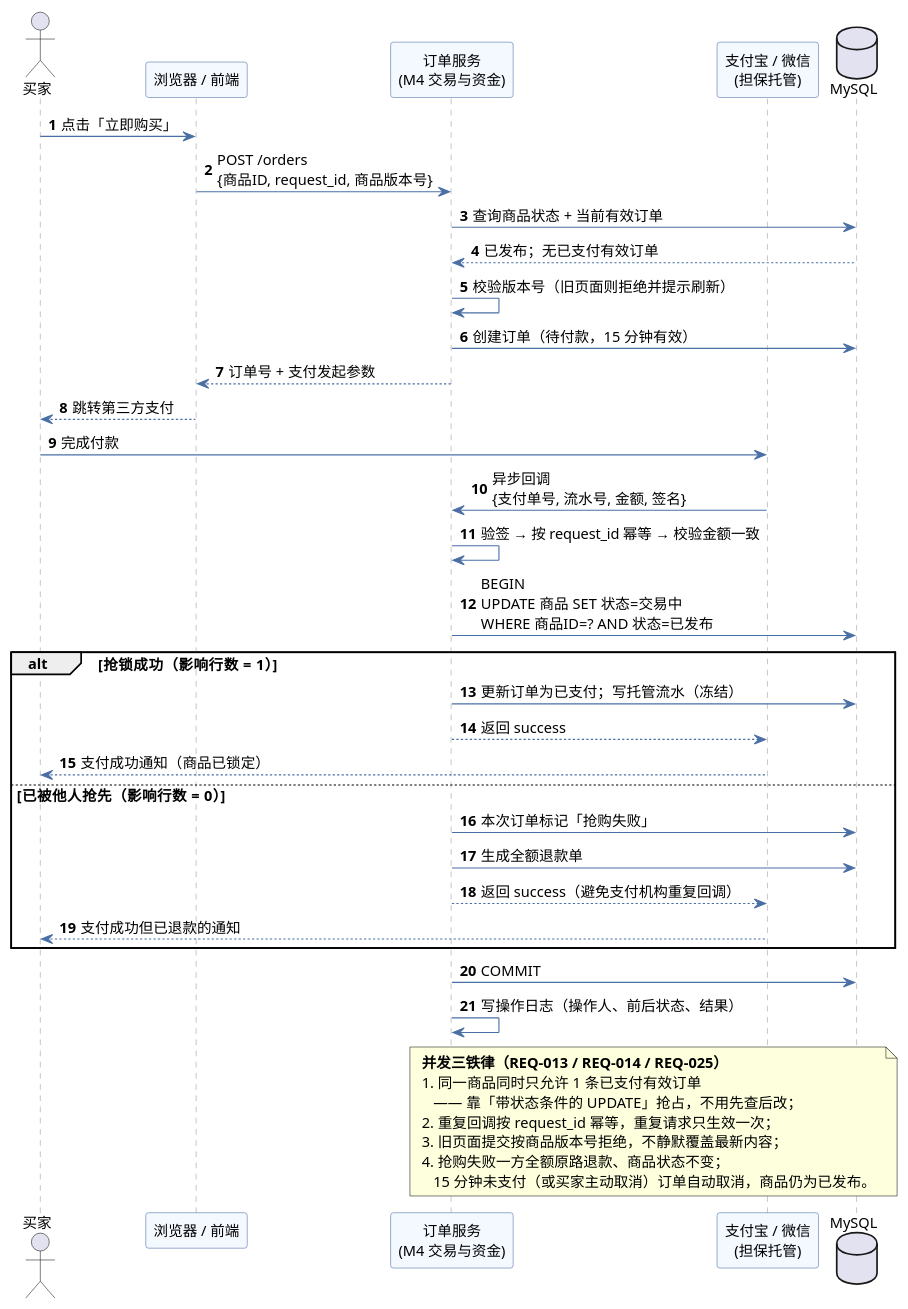
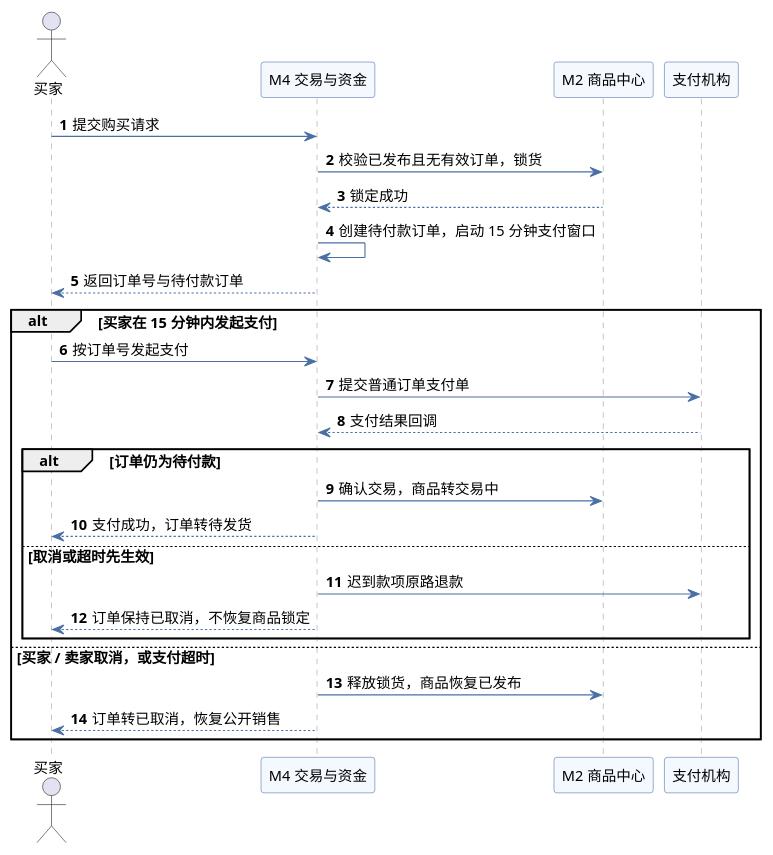
The diagram in lab02/UML/时序图.puml (XuHR233/SE-lab1-requirements), drawn with PlantUML before and after one commit. The commit also changed 41 other files, not shown here.

```diff
--- a/lab02/UML/时序图.puml
+++ b/lab02/UML/时序图.puml
@@ -1,59 +1,42 @@
 @startuml
-' 实验二 · 二手交易系统 · 时序图（支付回调锁货：并发抢购的唯一一条成功路径）
+' 实验二 · 二手交易系统 · 时序图（一）：普通商品创建订单、支付与取消
+' 只表达设计层业务消息；数据库、事务和并发控制留到实验三。
 skinparam defaultFontName "Microsoft YaHei"
 skinparam defaultFontSize 13
 skinparam shadowing false
 skinparam sequence {
   ArrowColor #4A6FA5
   LifeLineBorderColor #999999
   ParticipantBackgroundColor #F4F8FF
   ParticipantBorderColor #4A6FA5
 }
 autonumber
 
 actor "买家" as Buyer
-participant "浏览器 / 前端" as FE
-participant "订单服务\n(M4 交易与资金)" as Order
-participant "支付宝 / 微信\n(担保托管)" as Pay
-database "MySQL" as DB
+participant "M4 交易与资金" as Order
+participant "M2 商品中心" as Product
+participant "支付机构" as Pay
 
-Buyer -> FE : 点击「立即购买」
-FE -> Order : POST /orders\n{商品ID, request_id, 商品版本号}
-Order -> DB : 查询商品状态 + 当前有效订单
-DB --> Order : 已发布；无已支付有效订单
+Buyer -> Order : 提交购买请求
+Order -> Product : 校验已发布且无有效订单，锁货
+Product --> Order : 锁定成功
+Order -> Order : 创建待付款订单，启动 15 分钟支付窗口
+Order --> Buyer : 返回订单号与待付款订单
 
-Order -> Order : 校验版本号（旧页面则拒绝并提示刷新）
-Order -> DB : 创建订单（待付款，15 分钟有效）
-Order --> FE : 订单号 + 支付发起参数
-FE --> Buyer : 跳转第三方支付
-
-Buyer -> Pay : 完成付款
-Pay -> Order : 异步回调\n{支付单号, 流水号, 金额, 签名}
-Order -> Order : 验签 → 按 request_id 幂等 → 校验金额一致
-
-Order -> DB : BEGIN\nUPDATE 商品 SET 状态=交易中\nWHERE 商品ID=? AND 状态=已发布
-alt 抢锁成功（影响行数 = 1）
-  Order -> DB : 更新订单为已支付；写托管流水（冻结）
-  Order --> Pay : 返回 success
-  Pay --> Buyer : 支付成功通知（商品已锁定）
-else 已被他人抢先（影响行数 = 0）
-  Order -> DB : 本次订单标记「抢购失败」
-  Order -> DB : 生成全额退款单
-  Order --> Pay : 返回 success（避免支付机构重复回调）
-  Pay --> Buyer : 支付成功但已退款的通知
+alt 买家在 15 分钟内发起支付
+  Buyer -> Order : 按订单号发起支付
+  Order -> Pay : 提交普通订单支付单
+  Pay --> Order : 支付结果回调
+  alt 订单仍为待付款
+    Order -> Product : 确认交易，商品转交易中
+    Order --> Buyer : 支付成功，订单转待发货
+  else 取消或超时先生效
+    Order -> Pay : 迟到款项原路退款
+    Order --> Buyer : 订单保持已取消，不恢复商品锁定
+  end
+else 买家 / 卖家取消，或支付超时
+  Order -> Product : 释放锁货，商品恢复已发布
+  Order --> Buyer : 订单转已取消，恢复公开销售
 end
 
-Order -> DB : COMMIT
-Order -> Order : 写操作日志（操作人、前后状态、结果）
-
-note over Order, DB
-  <b>并发三铁律（REQ-013 / REQ-014 / REQ-025）</b>
-  1. 同一商品同时只允许 1 条已支付有效订单
-     —— 靠「带状态条件的 UPDATE」抢占，不用先查后改；
-  2. 重复回调按 request_id 幂等，重复请求只生效一次；
-  3. 旧页面提交按商品版本号拒绝，不静默覆盖最新内容；
-  4. 抢购失败一方全额原路退款、商品状态不变；
-     15 分钟未支付（或买家主动取消）订单自动取消，商品仍为已发布。
-end note
-
 @enduml
```
